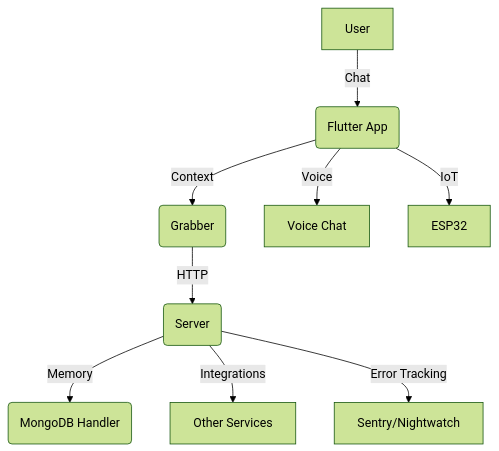
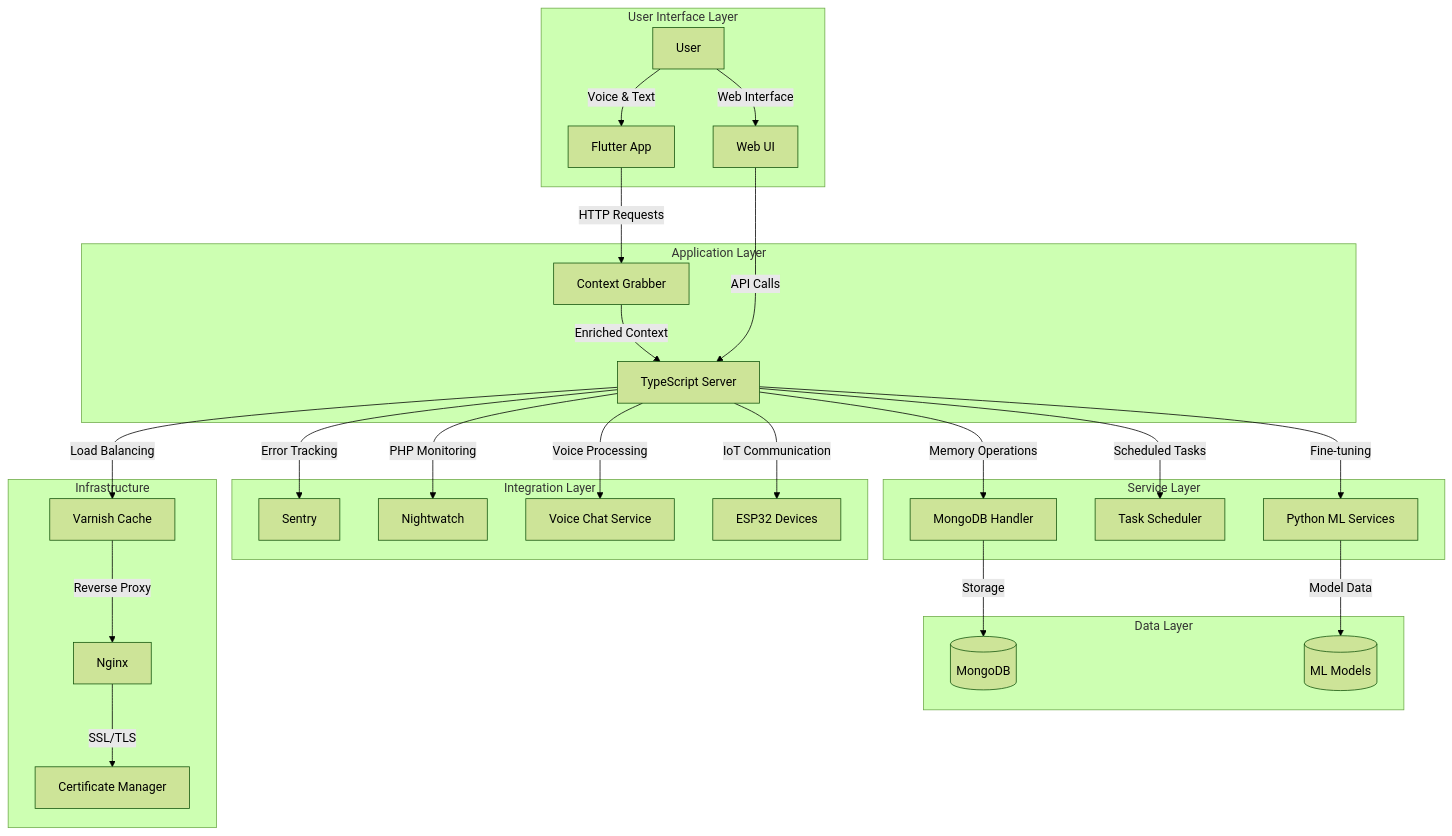
One commit to TheusHen/roommate changed the first of 2 diagrams in README.md. Above: the diagram before and after it, drawn with Mermaid (forest theme). The commit also changed other lines of this file and 1 other file, not shown here.

Commit message:
Changes before error encountered

````diff
--- a/README.md
+++ b/README.md
@@ -16,11 +28,37 @@
 ```mermaid
-graph TD
-    A[User] -->|Chat| B(Flutter App)
-    B -->|Context| C(Grabber)
-    C -->|HTTP| D(Server)
-    D -->|Memory| E(MongoDB Handler)
-    D -->|Integrations| F[Other Services]
-    B -->|Voice| G[Voice Chat]
-    D -->|Error Tracking| H[Sentry/Nightwatch]
-    B -->|IoT| I[ESP32]
+graph TB
+    subgraph "User Interface Layer"
+        A[User] -->|Voice & Text| B[Flutter App]
+        A -->|Web Interface| WEB[Web UI]
+    end
+    
+    subgraph "Application Layer"
+        B -->|HTTP Requests| C[Context Grabber]
+        C -->|Enriched Context| D[TypeScript Server]
+        WEB -->|API Calls| D
+    end
+    
+    subgraph "Service Layer"
+        D -->|Memory Operations| E[MongoDB Handler]
+        D -->|Scheduled Tasks| SCHED[Task Scheduler]
+        D -->|Fine-tuning| AI[Python ML Services]
+    end
+    
+    subgraph "Integration Layer"
+        D -->|Error Tracking| SENTRY[Sentry]
+        D -->|PHP Monitoring| NW[Nightwatch]
+        D -->|Voice Processing| VOICE[Voice Chat Service]
+        D -->|IoT Communication| IOT[ESP32 Devices]
+    end
+    
+    subgraph "Data Layer"
+        E -->|Storage| MONGO[(MongoDB)]
+        AI -->|Model Data| ML[(ML Models)]
+    end
+    
+    subgraph "Infrastructure"
+        D -->|Load Balancing| VARNISH[Varnish Cache]
+        VARNISH -->|Reverse Proxy| NGINX[Nginx]
+        NGINX -->|SSL/TLS| SSL[Certificate Manager]
+    end
 ```
````
